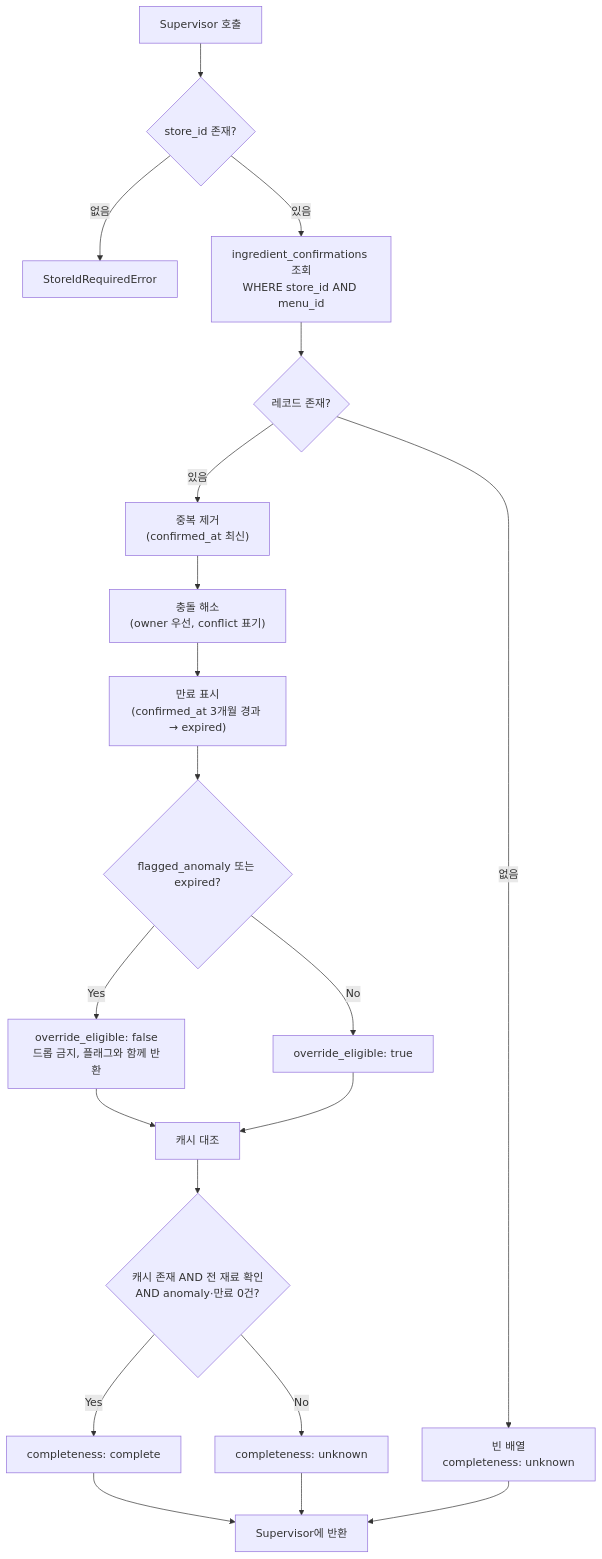
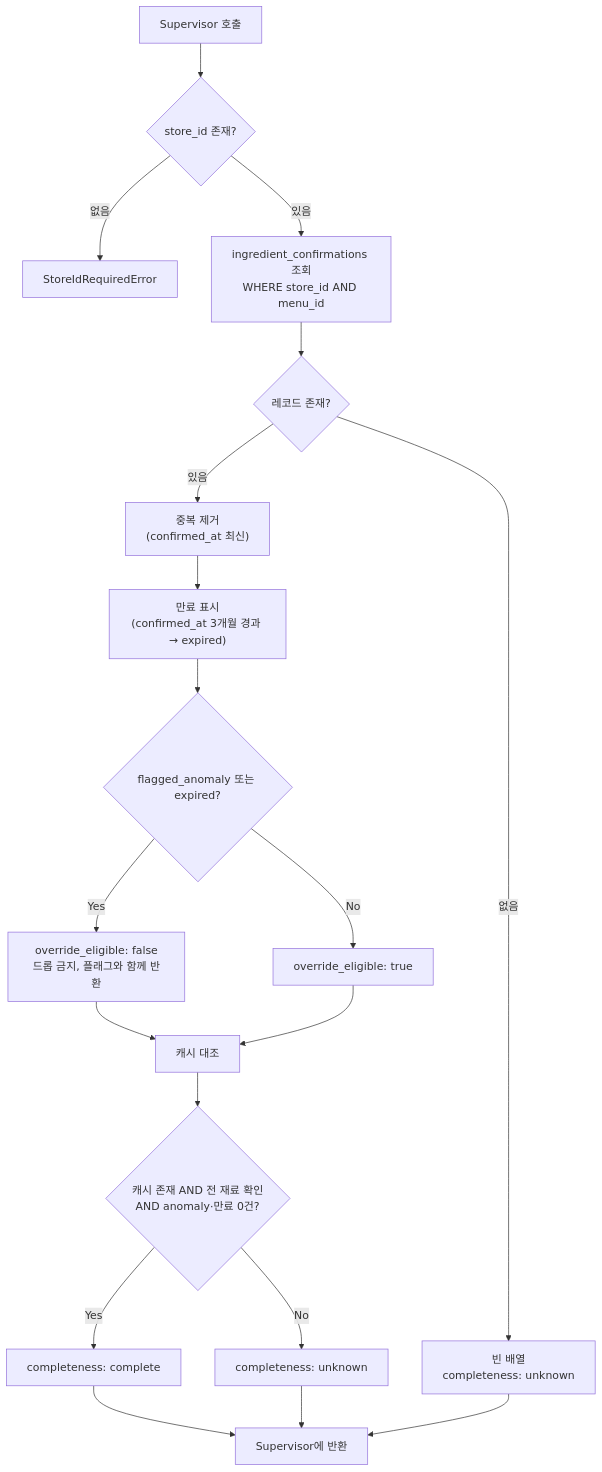
One commit to Han-Spoon/ai changed the diagram in docs/agent-3-exact.md. Above: the diagram before and after it, drawn with Mermaid. The commit also changed other lines of this file, not shown here.

Commit message:
docs(exact): limit confirmations to owner answers

````diff
--- a/docs/agent-3-exact.md
+++ b/docs/agent-3-exact.md
@@ -118,22 +118,21 @@
 ```mermaid
 flowchart TD
     S[Supervisor 호출] --> V{store_id 존재?}
     V -->|없음| ERR[StoreIdRequiredError]
     V -->|있음| Q["ingredient_confirmations 조회<br/>WHERE store_id AND menu_id"]
     Q --> N{레코드 존재?}
     N -->|없음| E["빈 배열<br/>completeness: unknown"]
     N -->|있음| DD["중복 제거<br/>(confirmed_at 최신)"]
-    DD --> CF["충돌 해소<br/>(owner 우선, conflict 표기)"]
-    CF --> EX["만료 표시<br/>(confirmed_at 3개월 경과 → expired)"]
+    DD --> EX["만료 표시<br/>(confirmed_at 3개월 경과 → expired)"]
     EX --> A{"flagged_anomaly 또는 expired?"}
     A -->|Yes| MARK["override_eligible: false<br/>드롭 금지, 플래그와 함께 반환"]
     A -->|No| OK["override_eligible: true"]
     MARK --> C[캐시 대조]
     OK --> C
     C --> CP{"캐시 존재 AND 전 재료 확인<br/>AND anomaly·만료 0건?"}
     CP -->|Yes| COMP["completeness: complete"]
     CP -->|No| UNK["completeness: unknown"]
     COMP --> OUT[Supervisor에 반환]
     UNK --> OUT
     E --> OUT
 ```
````
